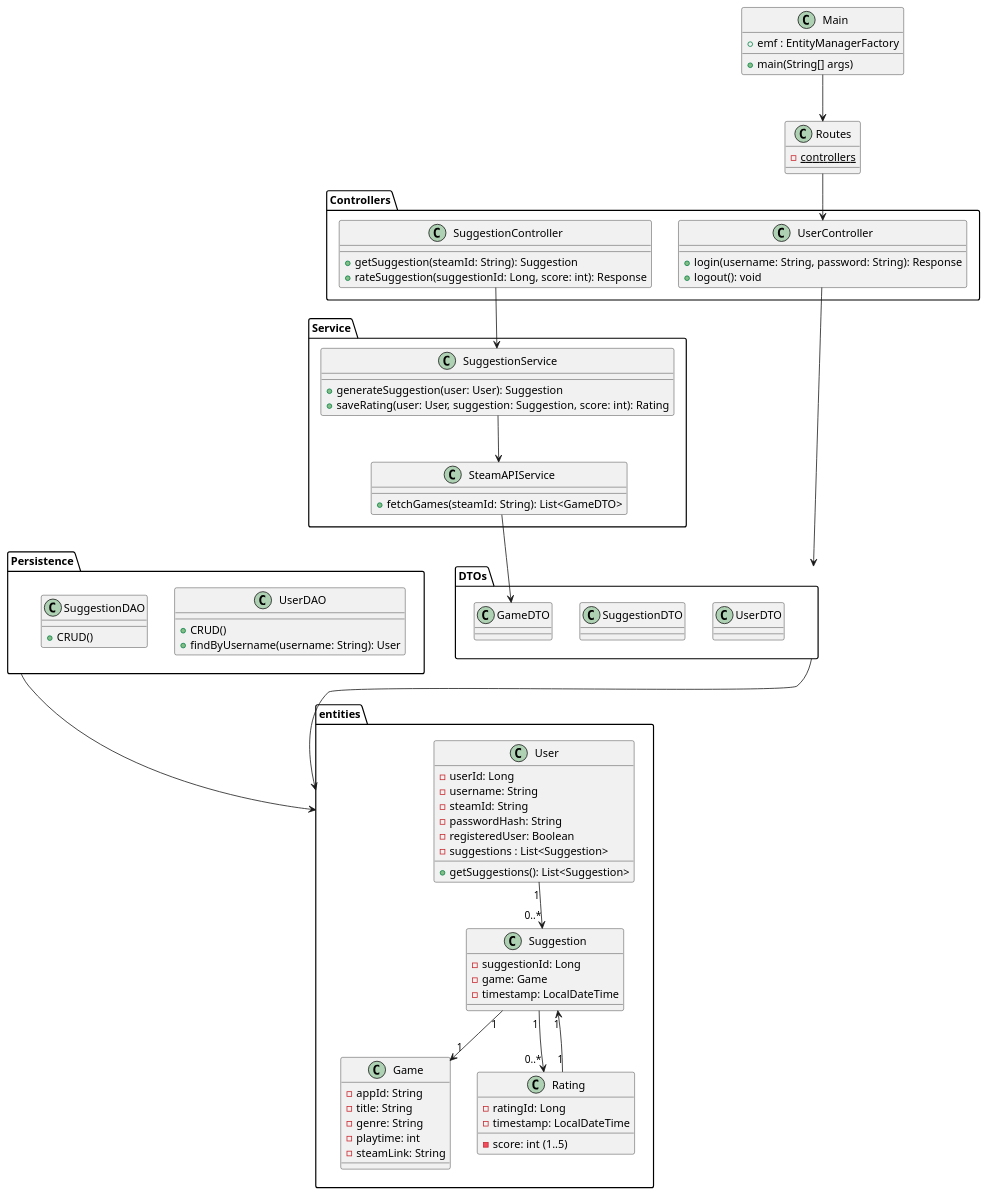
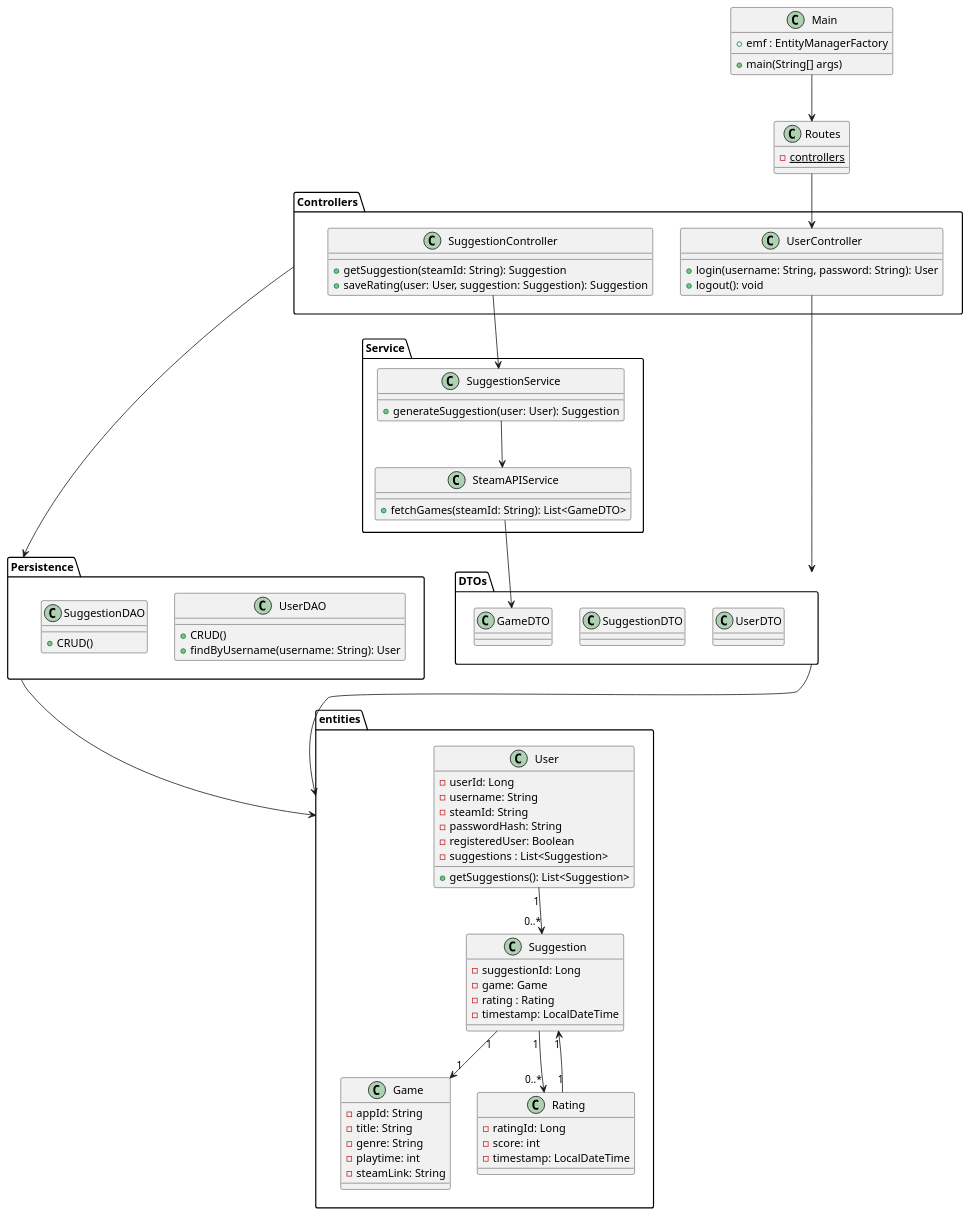
Before and after one commit to Gervig/Game-Suggester: the diagram in docs/Diagrams/classdiagram.puml, drawn with PlantUML.

```diff
--- a/docs/Diagrams/classdiagram.puml
+++ b/docs/Diagrams/classdiagram.puml
@@ -1,125 +1,126 @@
 @startuml
 
 package entities {
 ' =======================
 ' MODEL (JPA Entities)
 ' =======================
 class User {
   - userId: Long
   - username: String
   - steamId: String
   - passwordHash: String
   - registeredUser: Boolean
   - suggestions : List<Suggestion>
   + getSuggestions(): List<Suggestion>
 }
 
 class Game {
   - appId: String
   - title: String
   - genre: String
   - playtime: int
   - steamLink: String
 }
 
 class Suggestion {
   - suggestionId: Long
   - game: Game
+  - rating : Rating
   - timestamp: LocalDateTime
 }
 
 class Rating {
   - ratingId: Long
-  - score: int (1..5)
+  - score: int
   - timestamp: LocalDateTime
 }
 }
 
 ' =======================
 ' MODEL (DTOs)
 ' =======================
 
 package DTOs {
 
 class UserDTO{}
 class SuggestionDTO{}
 class GameDTO{}
 
 }
 
 ' =======================
 ' REPOSITORIES (JPA)
 ' =======================
 package Persistence {
 class UserDAO {
    + CRUD()
   + findByUsername(username: String): User
 }
 class SuggestionDAO {
   + CRUD()
 }
 }
 
 
 ' =======================
 ' SERVICES
 ' =======================
 package Service  {
 class SteamAPIService {
   + fetchGames(steamId: String): List<GameDTO>
 }
 
 class SuggestionService {
   + generateSuggestion(user: User): Suggestion
-  + saveRating(user: User, suggestion: Suggestion, score: int): Rating
 }
 }
 
 
 ' =======================
 ' CONTROLLERS (MVC)
 ' =======================
 package Controllers{
 class UserController {
-  + login(username: String, password: String): Response
+  + login(username: String, password: String): User
   + logout(): void
 }
 class SuggestionController {
   + getSuggestion(steamId: String): Suggestion
-  + rateSuggestion(suggestionId: Long, score: int): Response
+  + saveRating(user: User, suggestion: Suggestion): Suggestion
 }
 }
 
 
 
 class Routes{
 - {static} controllers
 }
 
 class Main{
 + emf : EntityManagerFactory
 + main(String[] args)
 }
 
 ' =======================
 ' RELATIONSHIPS
 ' =======================
 User "1" --> "0..*" Suggestion
 Suggestion "1" --> "1" Game
 Suggestion "1" --> "0..*" Rating
 Rating "1" --> "1" Suggestion
 
 SuggestionController --> SuggestionService
 
 
 SuggestionService --> SteamAPIService
 SteamAPIService --> GameDTO
 
 UserController --> DTOs
 Persistence --> entities
 DTOs --> entities
 Main --> Routes
 Routes --> UserController
+Controllers --> Persistence
 
 
 @enduml
```
